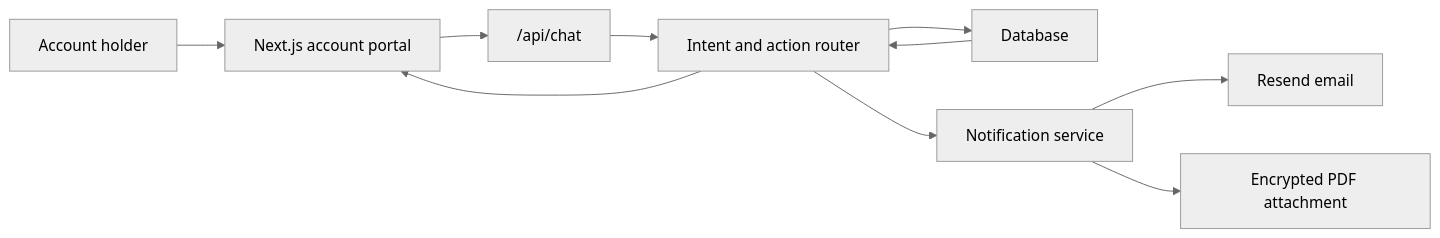
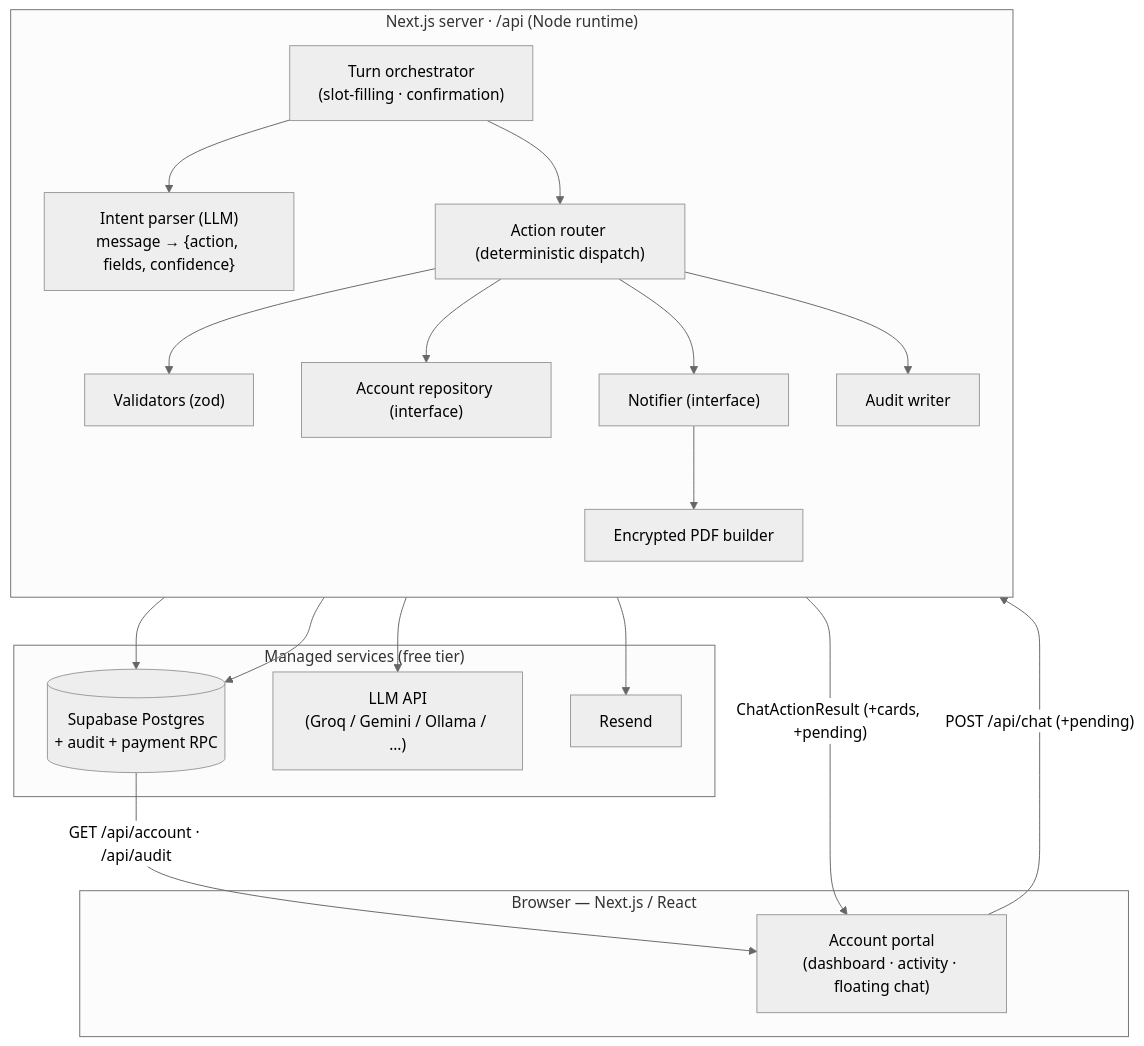
One commit to IronNathanAlvares/account-self-service-chatbot changed the diagram in architecture-diagram.md. Above: the diagram before and after it, drawn with Mermaid (neutral theme). The commit also changed other lines of this file and 10 other files, not shown here.

First line of the commit message:
Add multi-turn slot-filling, payment confirmation, and submission docs

````diff
--- a/architecture-diagram.md
+++ b/architecture-diagram.md
@@ -5,12 +11,35 @@
 ```mermaid
-flowchart LR
-  User["Account holder"] --> UI["Next.js account portal"]
-  UI --> ChatAPI["/api/chat"]
-  ChatAPI --> Router["Intent and action router"]
-  Router --> DB["Database"]
-  Router --> Notification["Notification service"]
-  Notification --> Email["Resend email"]
-  Notification --> PDF["Encrypted PDF attachment"]
-  DB --> Router
-  Router --> UI
+flowchart TB
+  subgraph Client["Browser — Next.js / React"]
+    UI["Account portal<br/>(dashboard · activity · floating chat)"]
+  end
+
+  subgraph Server["Next.js server · /api (Node runtime)"]
+    direction TB
+    Turn["Turn orchestrator<br/>(slot-filling · confirmation)"]
+    Parser["Intent parser (LLM)<br/>message → {action, fields, confidence}"]
+    Router["Action router (deterministic dispatch)"]
+    Valid["Validators (zod)"]
+    Repo["Account repository (interface)"]
+    Notif["Notifier (interface)"]
+    PDF["Encrypted PDF builder"]
+    Audit["Audit writer"]
+  end
+
+  subgraph External["Managed services (free tier)"]
+    DB[("Supabase Postgres<br/>+ audit + payment RPC")]
+    LLM["LLM API<br/>(Groq / Gemini / Ollama / …)"]
+    Email["Resend"]
+  end
+
+  UI -->|"POST /api/chat (+pending)"| Turn
+  Turn --> Parser --> LLM
+  Turn --> Router --> Valid
+  Router --> Repo --> DB
+  Router --> Notif
+  Notif --> PDF
+  Notif --> Email
+  Router --> Audit --> DB
+  DB -->|"GET /api/account · /api/audit"| UI
+  Router -->|"ChatActionResult (+cards, +pending)"| UI
 ```
````
